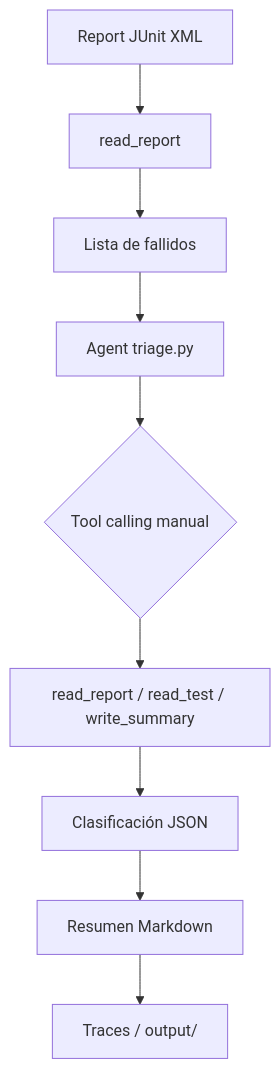
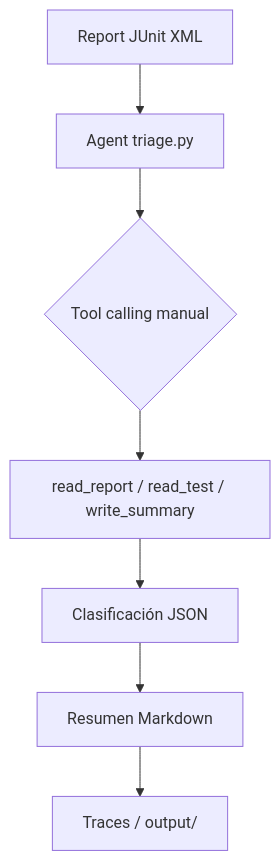
Before and after one commit to drakehammer/agent-v1: the diagram in README.md, drawn with Mermaid. The commit also changed other lines of this file, not shown here.

Commit message:
Seccion 5: ortografia Aserción, nota condicional real/, diagrama Mermaid corregido, seccion resultados copia results.md, Baseline vs LLM agregado

````diff
--- a/README.md
+++ b/README.md
@@ -20,11 +20,9 @@
 ```mermaid
 graph TD
-    A[Report JUnit XML] --> B[read_report]
-    B --> C[Lista de fallidos]
-    C --> D[Agent triage.py]
-    D --> E{Tool calling manual}
-    E --> F[read_report / read_test / write_summary]
-    F --> G[Clasificación JSON]
-    G --> H[Resumen Markdown]
-    H --> I[Traces / output/]
+    A[Report JUnit XML] --> B[Agent triage.py]
+    B --> C{Tool calling manual}
+    C --> D[read_report / read_test / write_summary]
+    D --> E[Clasificación JSON]
+    E --> F[Resumen Markdown]
+    F --> G[Traces / output/]
 ```
````
